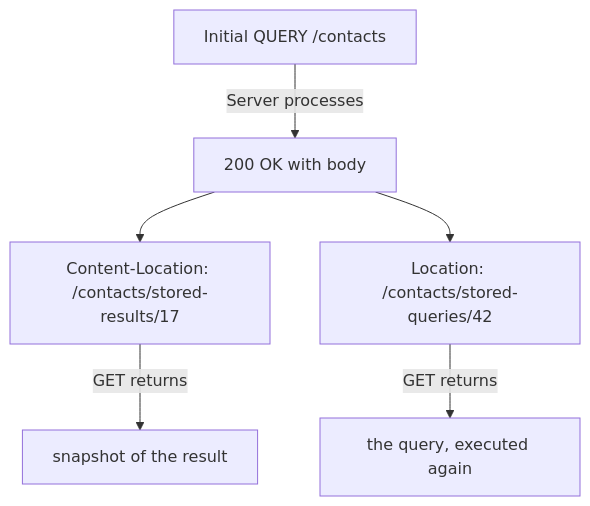
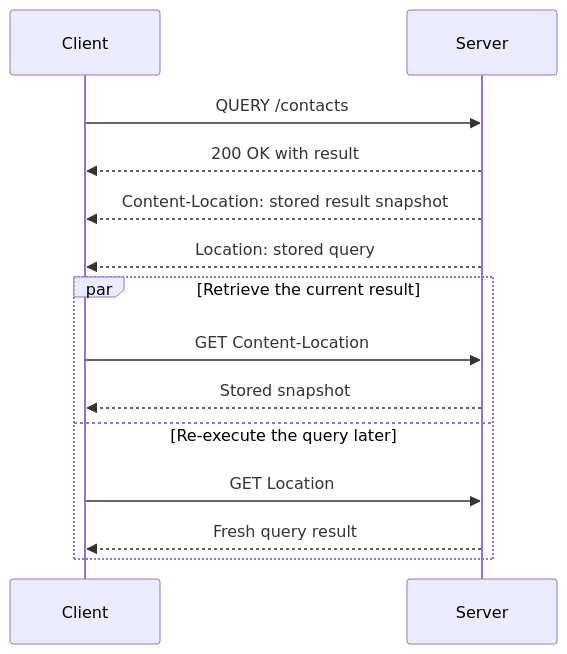
Before and after one commit to dyotamo/blog: the fifth of 9 diagrams in content/articles/http-query-method/index.md, drawn with Mermaid. The commit also changed other lines of this file and 26 other files, not shown here.

````diff
--- a/content/articles/http-query-method/index.md
+++ b/content/articles/http-query-method/index.md
@@ -226,9 +229,16 @@
 ```mermaid
-graph TD
-    Q[Initial QUERY /contacts] -->|Server processes| R1[200 OK with body]
-    R1 --> CL[Content-Location: /contacts/stored-results/17]
-    R1 --> LO[Location: /contacts/stored-queries/42]
-
-    CL -->|GET returns| SR[snapshot of the result]
-    LO -->|GET returns| SQ[the query, executed again]
+sequenceDiagram
+    participant Client
+    participant Server
+    Client->>Server: QUERY /contacts
+    Server-->>Client: 200 OK with result
+    Server-->>Client: Content-Location: stored result snapshot
+    Server-->>Client: Location: stored query
+    par Retrieve the current result
+        Client->>Server: GET Content-Location
+        Server-->>Client: Stored snapshot
+    and Re-execute the query later
+        Client->>Server: GET Location
+        Server-->>Client: Fresh query result
+    end
 ```
````
